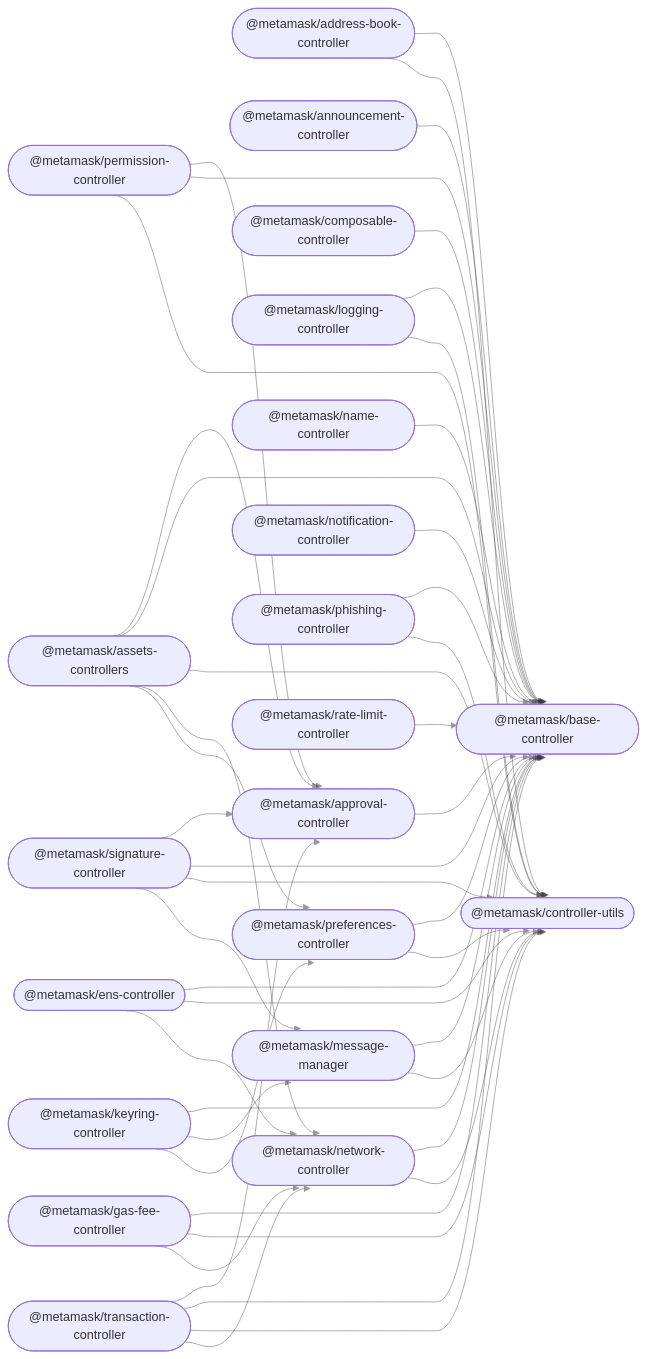
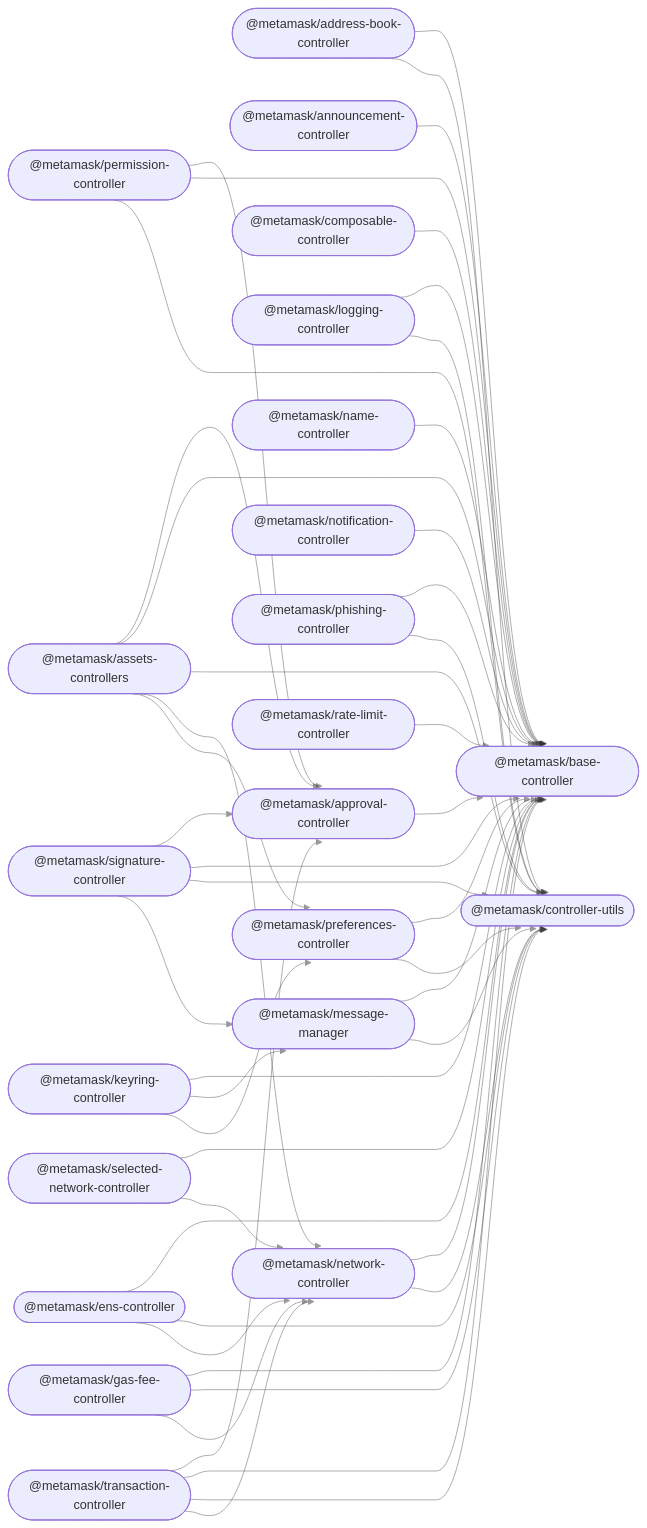
The diagram in README.md (MetaMask/core), drawn with Mermaid before and after one commit. The commit also changed 17 other files, not shown here.

Commit message:
Added SelectedNetworkController

````diff
--- a/README.md
+++ b/README.md
@@ -34,69 +34,72 @@
-```mermaid
+``` mermaid
 %%{ init: { 'flowchart': { 'curve': 'bumpX' } } }%%
 graph LR;
 linkStyle default opacity:0.5
   address_book_controller(["@metamask/address-book-controller"]);
   announcement_controller(["@metamask/announcement-controller"]);
   approval_controller(["@metamask/approval-controller"]);
   assets_controllers(["@metamask/assets-controllers"]);
   base_controller(["@metamask/base-controller"]);
   composable_controller(["@metamask/composable-controller"]);
   controller_utils(["@metamask/controller-utils"]);
   ens_controller(["@metamask/ens-controller"]);
   gas_fee_controller(["@metamask/gas-fee-controller"]);
   keyring_controller(["@metamask/keyring-controller"]);
   logging_controller(["@metamask/logging-controller"]);
   message_manager(["@metamask/message-manager"]);
   name_controller(["@metamask/name-controller"]);
   network_controller(["@metamask/network-controller"]);
   notification_controller(["@metamask/notification-controller"]);
   permission_controller(["@metamask/permission-controller"]);
   phishing_controller(["@metamask/phishing-controller"]);
   preferences_controller(["@metamask/preferences-controller"]);
   rate_limit_controller(["@metamask/rate-limit-controller"]);
+  selected_network_controller(["@metamask/selected-network-controller"]);
   signature_controller(["@metamask/signature-controller"]);
   transaction_controller(["@metamask/transaction-controller"]);
   address_book_controller --> base_controller;
   address_book_controller --> controller_utils;
   announcement_controller --> base_controller;
   approval_controller --> base_controller;
   assets_controllers --> approval_controller;
   assets_controllers --> base_controller;
   assets_controllers --> controller_utils;
   assets_controllers --> network_controller;
   assets_controllers --> preferences_controller;
   composable_controller --> base_controller;
   ens_controller --> base_controller;
   ens_controller --> controller_utils;
   ens_controller --> network_controller;
   gas_fee_controller --> base_controller;
   gas_fee_controller --> controller_utils;
   gas_fee_controller --> network_controller;
   keyring_controller --> base_controller;
   keyring_controller --> message_manager;
   keyring_controller --> preferences_controller;
   logging_controller --> base_controller;
   logging_controller --> controller_utils;
   message_manager --> base_controller;
   message_manager --> controller_utils;
   name_controller --> base_controller;
   network_controller --> base_controller;
   network_controller --> controller_utils;
   notification_controller --> base_controller;
   permission_controller --> approval_controller;
   permission_controller --> base_controller;
   permission_controller --> controller_utils;
   phishing_controller --> base_controller;
   phishing_controller --> controller_utils;
   preferences_controller --> base_controller;
   preferences_controller --> controller_utils;
   rate_limit_controller --> base_controller;
+  selected_network_controller --> base_controller;
+  selected_network_controller --> network_controller;
   signature_controller --> approval_controller;
   signature_controller --> base_controller;
   signature_controller --> controller_utils;
   signature_controller --> message_manager;
   transaction_controller --> approval_controller;
   transaction_controller --> base_controller;
   transaction_controller --> controller_utils;
   transaction_controller --> network_controller;
 ```
````
